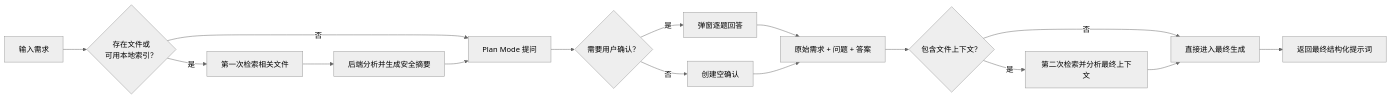
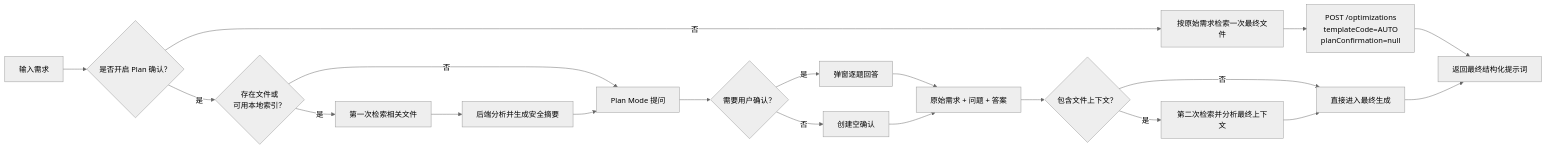
One commit to QingNiao0x/prompt-optimizer-platform changed the first of 2 diagrams in docs/12-内置Plan-Mode交互与接口.md. Above: the diagram before and after it, drawn with Mermaid (neutral theme). The commit also changed other lines of this file and 16 other files, not shown here.

````diff
--- a/docs/12-内置Plan-Mode交互与接口.md
+++ b/docs/12-内置Plan-Mode交互与接口.md
@@ -40,18 +42,22 @@
 ```mermaid
 flowchart LR
-    A[输入需求] --> B{存在文件或<br/>可用本地索引？}
-    B -- 否 --> E[Plan Mode 提问]
-    B -- 是 --> C[第一次检索相关文件]
+    A[输入需求] --> B{是否开启 Plan 确认？}
+    B -- 否 --> N[按原始需求检索一次最终文件]
+    N --> O[POST /optimizations<br/>templateCode=AUTO<br/>planConfirmation=null]
+    O --> M[返回最终结构化提示词<br/>可包含 ambiguities]
+    B -- 是 --> P{存在文件或<br/>可用本地索引？}
+    P -- 否 --> E[Plan Mode 提问]
+    P -- 是 --> C[第一次检索相关文件]
     C --> D[后端分析并生成安全摘要]
     D --> E
     E --> F{需要用户确认？}
     F -- 是 --> G[弹窗逐题回答]
     F -- 否 --> H[创建空确认]
     G --> I[原始需求 + 问题 + 答案]
     H --> I
     I --> J{包含文件上下文？}
     J -- 是 --> K[第二次检索并分析最终上下文]
     J -- 否 --> L[直接进入最终生成]
     K --> L
     L --> M[返回最终结构化提示词]
 ```
````
